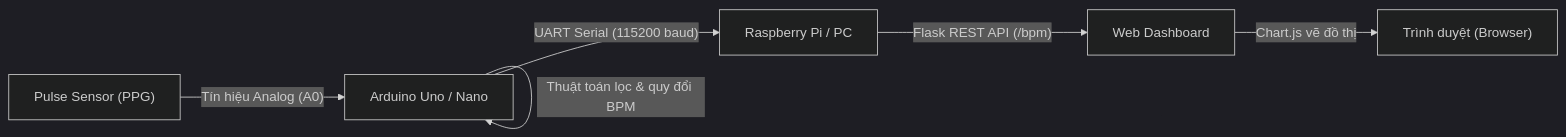
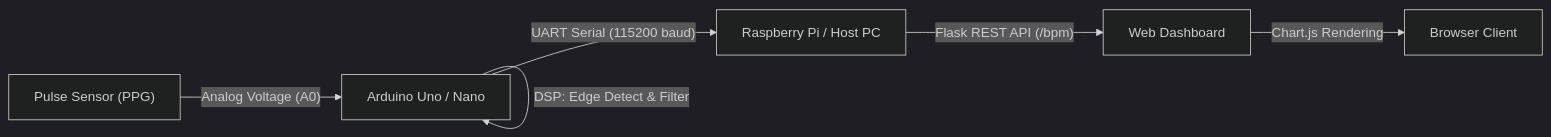
The diagram in README.md (nguyenhoangminh25251006/HminhIOTpulseSENSOR), drawn with Mermaid (dark theme) before and after one commit. The commit also changed other lines of this file and 2 other files, not shown here.

````diff
--- a/README.md
+++ b/README.md
@@ -25,8 +26,8 @@
 ```mermaid
 flowchart LR
-    A["Pulse Sensor (PPG)"] -->|"Tín hiệu Analog (A0)"| B["Arduino Uno / Nano"]
-    B -->|"Thuật toán lọc & quy đổi BPM"| B
-    B -->|"UART Serial (115200 baud)"| C["Raspberry Pi / PC"]
+    A["Pulse Sensor (PPG)"] -->|"Analog Voltage (A0)"| B["Arduino Uno / Nano"]
+    B -->|"DSP: Edge Detect & Filter"| B
+    B -->|"UART Serial (115200 baud)"| C["Raspberry Pi / Host PC"]
     C -->|"Flask REST API (/bpm)"| D["Web Dashboard"]
-    D -->|"Chart.js vẽ đồ thị"| E["Trình duyệt (Browser)"]
+    D -->|"Chart.js Rendering"| E["Browser Client"]
 ```
````
